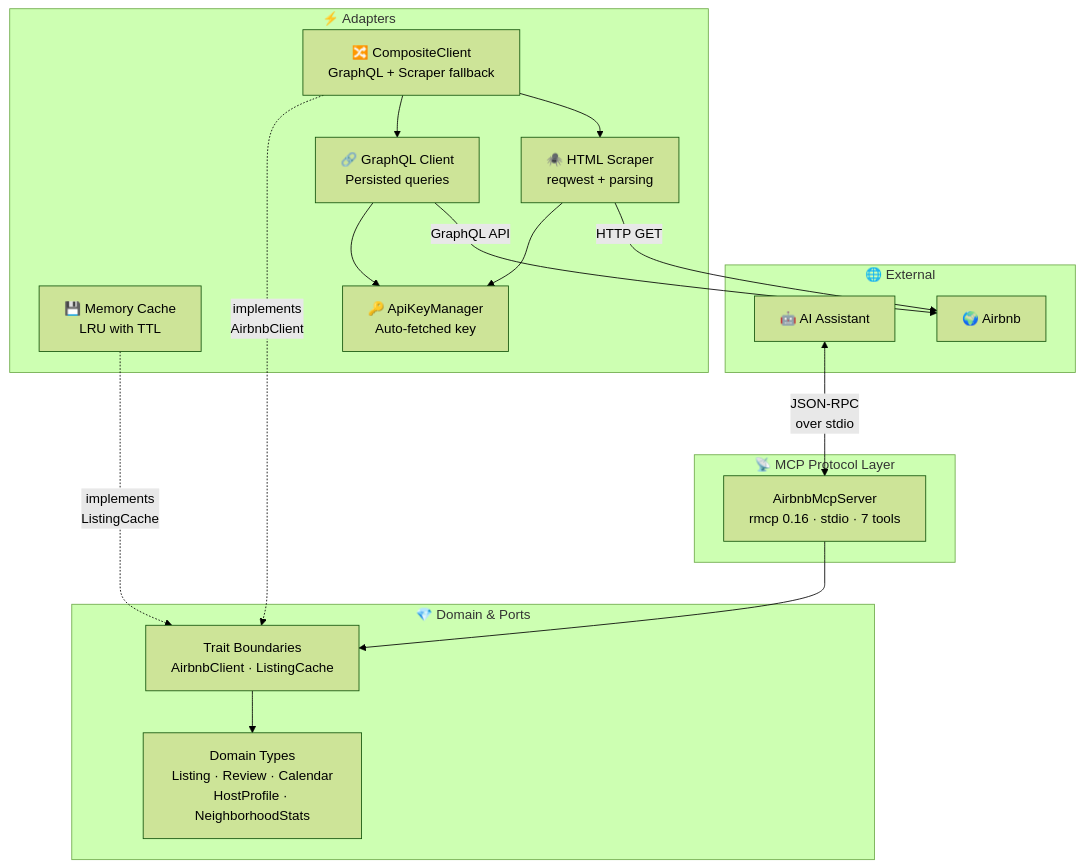
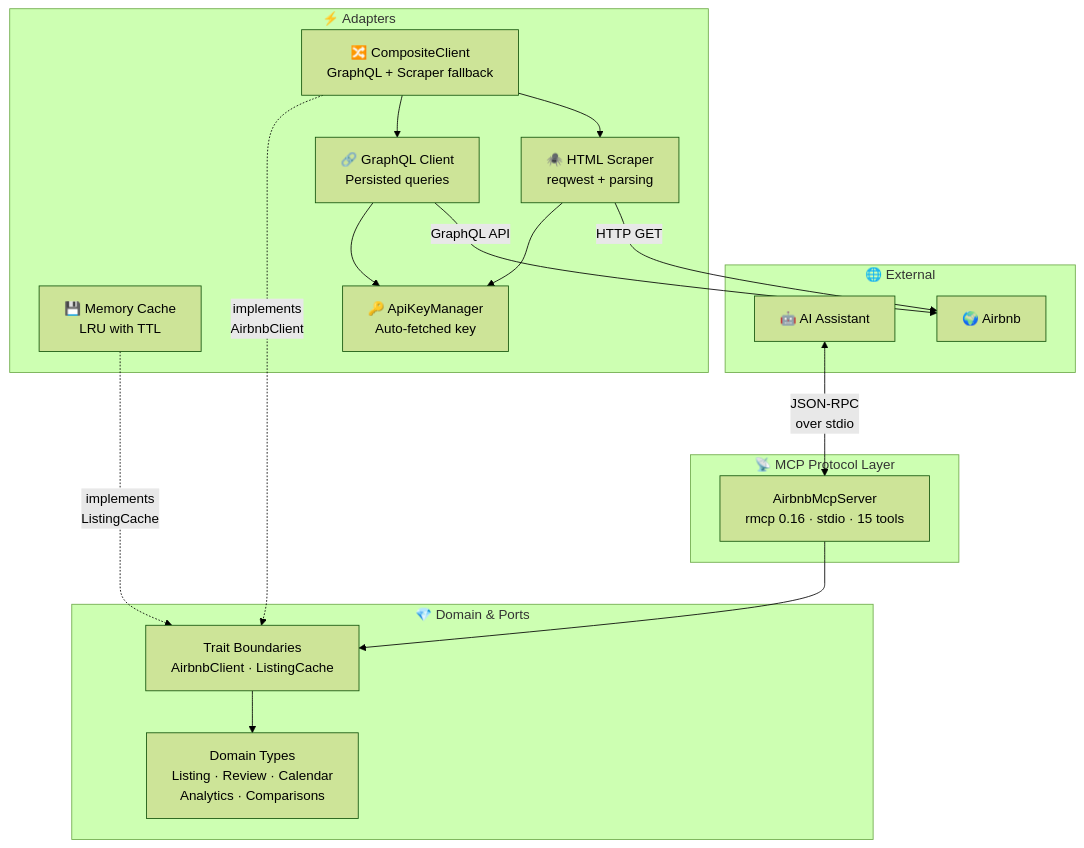
Before and after one commit to muchiny/mcp-airbnb: the first of 2 diagrams in README.md, drawn with Mermaid (forest theme). The commit also changed other lines of this file and 43 other files, not shown here.

````diff
--- a/README.md
+++ b/README.md
@@ -25,36 +50,36 @@
 ```mermaid
 graph TB
     subgraph External["🌐 External"]
         AI["🤖 AI Assistant"]
         AB["🌍 Airbnb"]
     end
 
     subgraph MCP["📡 MCP Protocol Layer"]
-        Server["AirbnbMcpServer<br/>rmcp 0.16 · stdio · 7 tools"]
+        Server["AirbnbMcpServer<br/>rmcp 0.16 · stdio · 15 tools"]
     end
 
     subgraph Core["💎 Domain & Ports"]
-        Domain["Domain Types<br/>Listing · Review · Calendar<br/>HostProfile · NeighborhoodStats"]
+        Domain["Domain Types<br/>Listing · Review · Calendar<br/>Analytics · Comparisons"]
         Ports["Trait Boundaries<br/>AirbnbClient · ListingCache"]
     end
 
     subgraph Infra["⚡ Adapters"]
         Composite["🔀 CompositeClient<br/>GraphQL + Scraper fallback"]
         GQL["🔗 GraphQL Client<br/>Persisted queries"]
         Scraper["🕷️ HTML Scraper<br/>reqwest + parsing"]
         Cache["💾 Memory Cache<br/>LRU with TTL"]
         Shared["🔑 ApiKeyManager<br/>Auto-fetched key"]
     end
 
     AI <-->|"JSON-RPC<br/>over stdio"| Server
     Server --> Ports
     Ports --> Domain
     Composite -.->|"implements<br/>AirbnbClient"| Ports
     Cache -.->|"implements<br/>ListingCache"| Ports
     Composite --> GQL
     Composite --> Scraper
     GQL --> Shared
     Scraper --> Shared
     GQL -->|"GraphQL API"| AB
     Scraper -->|"HTTP GET"| AB
 ```
````
